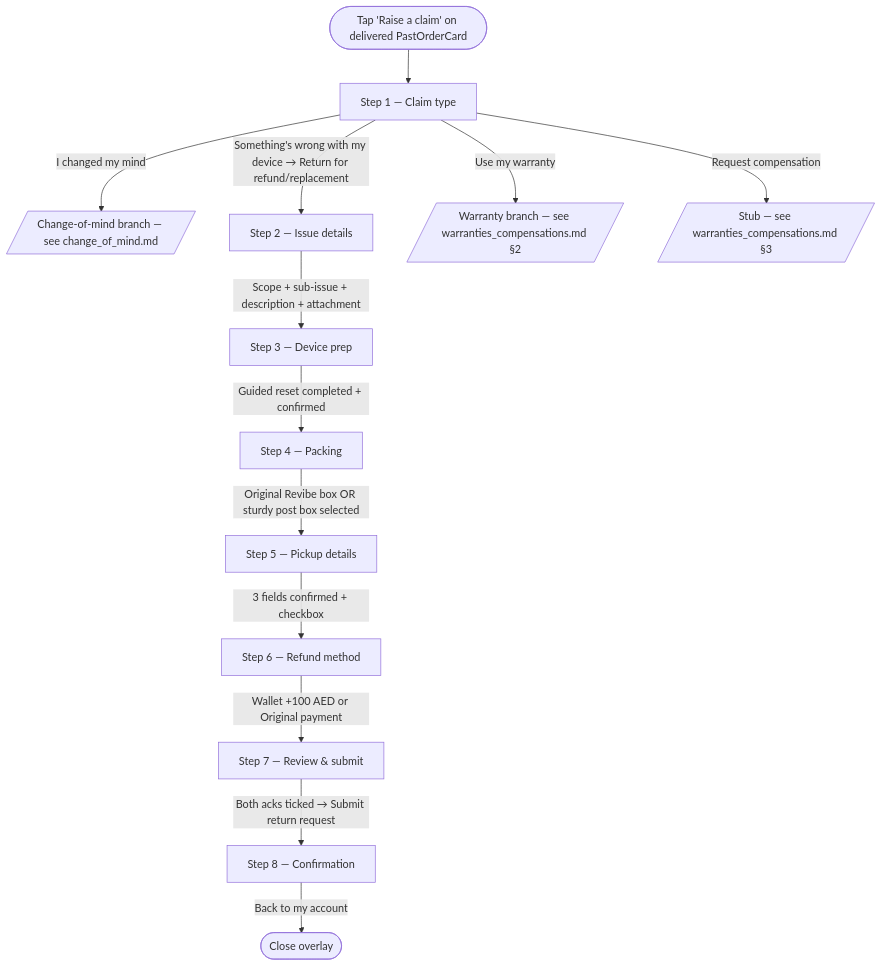
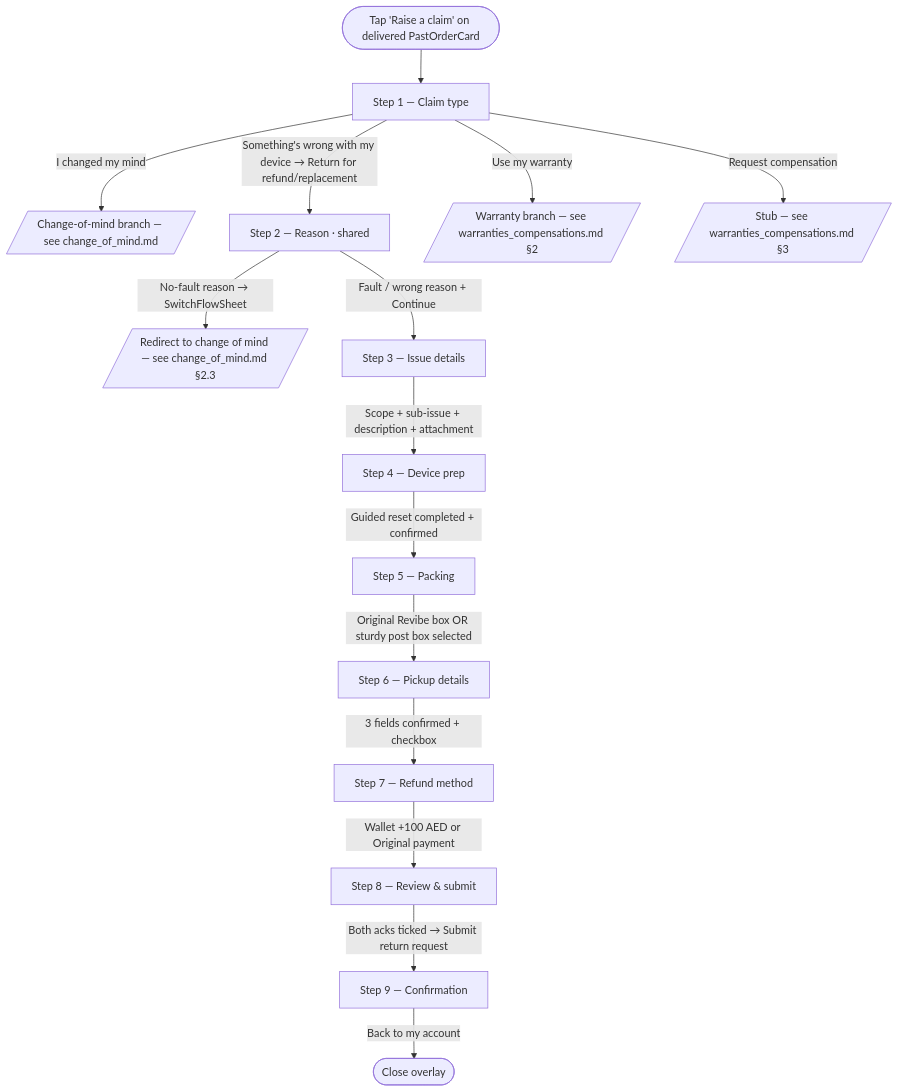
Before and after one commit to andrea-revibe/my-account-redesign-v2: the diagram in docs/output/returns/issue.md, drawn with Mermaid. The commit also changed other lines of this file and 11 other files, not shown here.

Commit message:
redesigned raise a claim flow with redirections using reasons

````diff
--- a/docs/output/returns/issue.md
+++ b/docs/output/returns/issue.md
@@ -33,15 +33,17 @@
 ```mermaid
 flowchart TD
   entry([Tap 'Raise a claim' on delivered PastOrderCard]) --> s1[Step 1 — Claim type]
   s1 -->|I changed my mind| com[/Change-of-mind branch — see change_of_mind.md/]
-  s1 -->|Something's wrong with my device → Return for refund/replacement| s2[Step 2 — Issue details]
+  s1 -->|Something's wrong with my device → Return for refund/replacement| s2[Step 2 — Reason · shared]
   s1 -->|Use my warranty| warranty[/Warranty branch — see warranties_compensations.md §2/]
   s1 -->|Request compensation| stub2[/Stub — see warranties_compensations.md §3/]
-  s2 -->|Scope + sub-issue + description + attachment| s3[Step 3 — Device prep]
-  s3 -->|Guided reset completed + confirmed| s4[Step 4 — Packing]
-  s4 -->|Original Revibe box OR sturdy post box selected| s5[Step 5 — Pickup details]
-  s5 -->|3 fields confirmed + checkbox| s6[Step 6 — Refund method]
-  s6 -->|Wallet +100 AED or Original payment| s7[Step 7 — Review & submit]
-  s7 -->|Both acks ticked → Submit return request| s8[Step 8 — Confirmation]
-  s8 -->|Back to my account| close([Close overlay])
+  s2 -->|No-fault reason → SwitchFlowSheet| com2[/Redirect to change of mind — see change_of_mind.md §2.3/]
+  s2 -->|Fault / wrong reason + Continue| s3[Step 3 — Issue details]
+  s3 -->|Scope + sub-issue + description + attachment| s4[Step 4 — Device prep]
+  s4 -->|Guided reset completed + confirmed| s5[Step 5 — Packing]
+  s5 -->|Original Revibe box OR sturdy post box selected| s6[Step 6 — Pickup details]
+  s6 -->|3 fields confirmed + checkbox| s7[Step 7 — Refund method]
+  s7 -->|Wallet +100 AED or Original payment| s8[Step 8 — Review & submit]
+  s8 -->|Both acks ticked → Submit return request| s9[Step 9 — Confirmation]
+  s9 -->|Back to my account| close([Close overlay])
 ```
````
